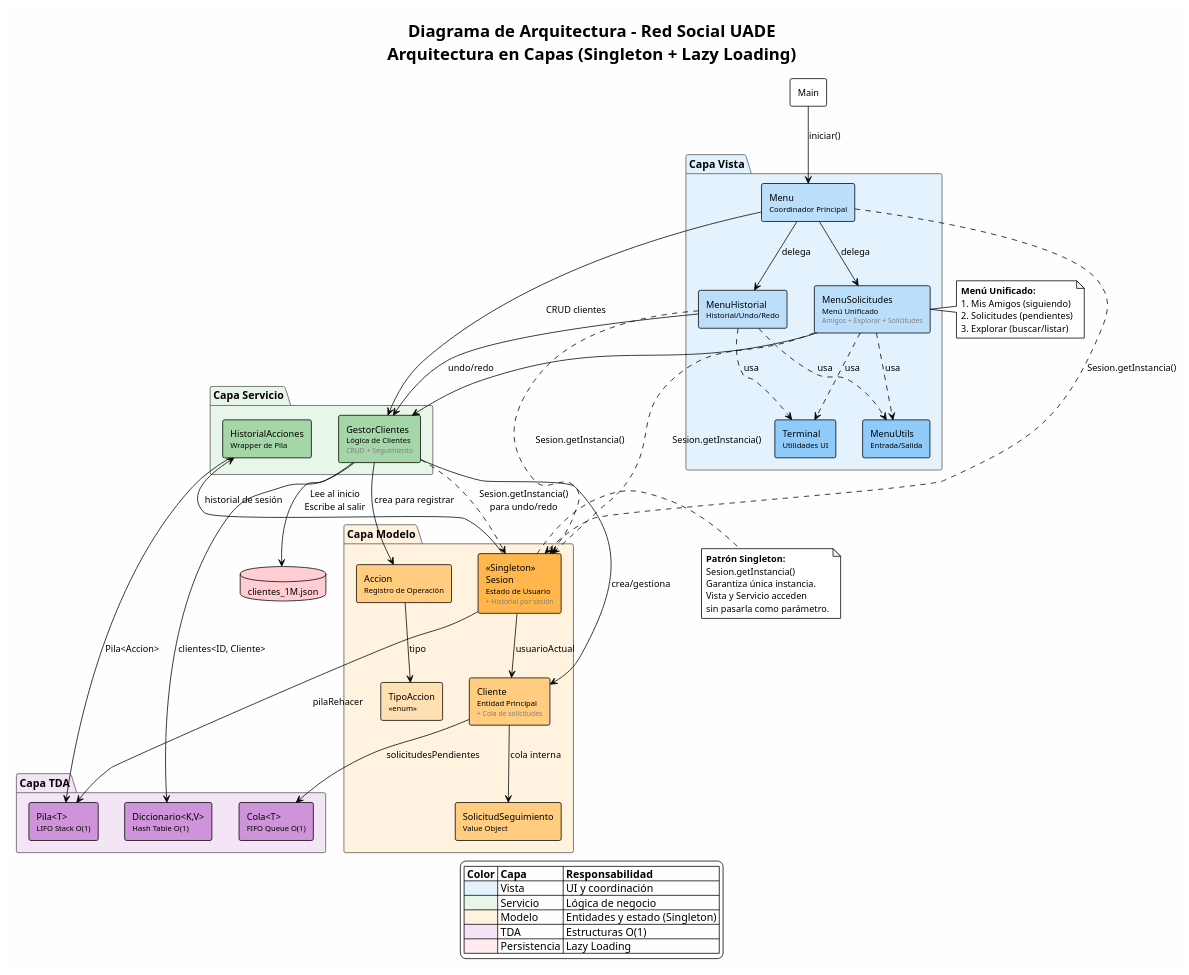
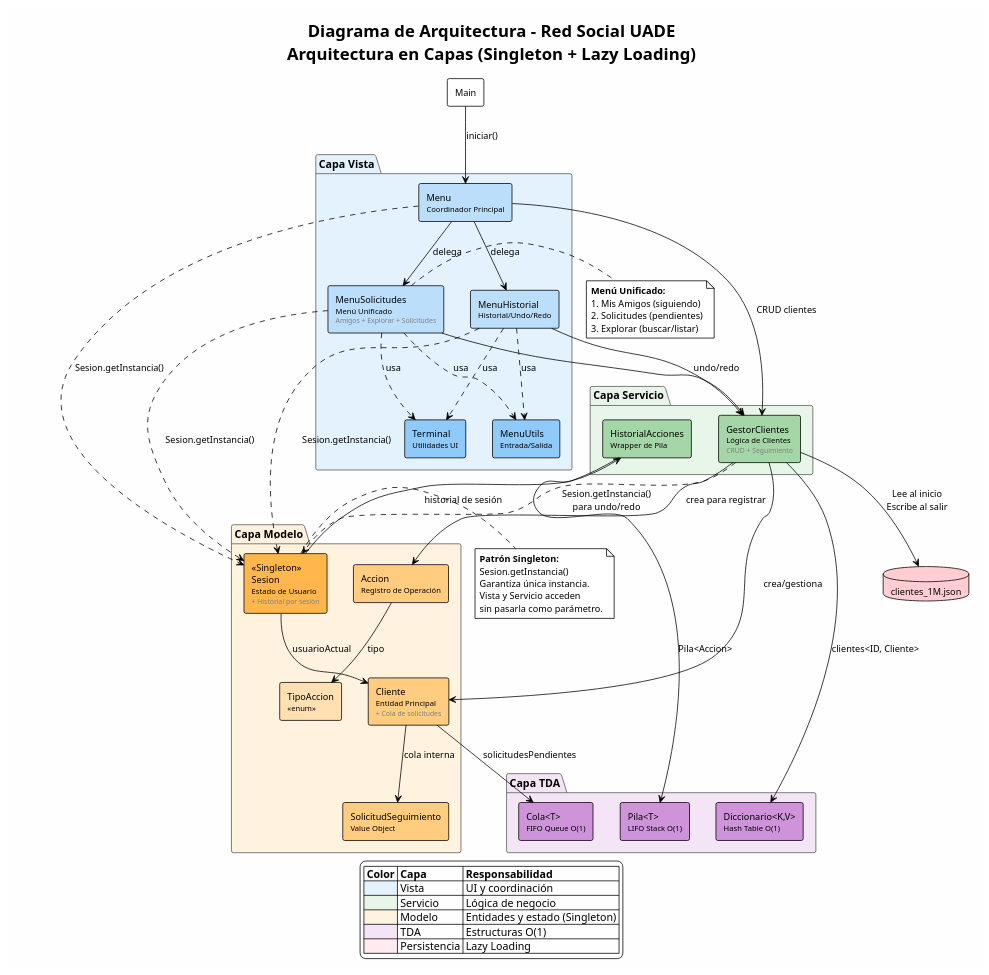
The diagram in docs/diagramas/diagrama_arquitectura.puml (andreiveisuade/TPO-AyED-II---Red-Social-UADE---Grupo-12), drawn with PlantUML before and after one commit. The commit also changed 9 other files, not shown here.

Commit message:
Actualizar documentación: TDAs, arquitectura e invariantes. Refactorizar diagramas UML para reflejar implementación in-memory y sin rehacer.

```diff
--- a/docs/diagramas/diagrama_arquitectura.puml
+++ b/docs/diagramas/diagrama_arquitectura.puml
@@ -1,125 +1,124 @@
 @startuml Arquitectura del Sistema
 !theme plain
 skinparam backgroundColor #FEFEFE
 skinparam componentStyle rectangle
 skinparam defaultFontSize 12
 skinparam packageBorderColor #555
 skinparam packageFontSize 14
 skinparam packageFontStyle bold
 
 title **Diagrama de Arquitectura - Red Social UADE**\nArquitectura en Capas (Singleton + Lazy Loading)
 
 ' ==========================================
 ' CAPA DE PRESENTACIÓN (VISTA)
 ' ==========================================
 package "Capa Vista" as vista #E3F2FD {
     component [Menu\n<font size="10">Coordinador Principal</font>] as menu #BBDEFB
     component [MenuSolicitudes\n<font size="10">Menú Unificado</font>\n<font size="9" color="gray">Amigos + Explorar + Solicitudes</font>] as menuSolicitudes #BBDEFB
     component [MenuHistorial\n<font size="10">Historial/Undo/Redo</font>] as menuHistorial #BBDEFB
     component [Terminal\n<font size="10">Utilidades UI</font>] as terminal #90CAF9
     component [MenuUtils\n<font size="10">Entrada/Salida</font>] as menuUtils #90CAF9
 }
 
 ' ==========================================
 ' CAPA DE LÓGICA DE NEGOCIO (SERVICIOS)
 ' ==========================================
 package "Capa Servicio" as servicio #E8F5E9 {
     component [GestorClientes\n<font size="10">Lógica de Clientes</font>\n<font size="9" color="gray">CRUD + Seguimiento</font>] as gestor #A5D6A7
     component [HistorialAcciones\n<font size="10">Wrapper de Pila</font>] as historialAcciones #A5D6A7
 }
 
 ' ==========================================
 ' CAPA DE MODELO (ENTIDADES DE DOMINIO)
 ' ==========================================
 package "Capa Modelo" as modelo #FFF3E0 {
     component [<<Singleton>>\nSesion\n<font size="10">Estado de Usuario</font>\n<font size="9" color="gray">+ Historial por sesión</font>] as sesion #FFB74D
     component [Cliente\n<font size="10">Entidad Principal</font>\n<font size="9" color="gray">+ Cola de solicitudes</font>] as cliente #FFCC80
     component [Accion\n<font size="10">Registro de Operación</font>] as accion #FFCC80
     component [SolicitudSeguimiento\n<font size="10">Value Object</font>] as solicitud #FFCC80
     component [TipoAccion\n<font size="10"><<enum>></font>] as tipoAccion #FFE0B2
 }
 
 ' ==========================================
 ' CAPA DE TDA (ESTRUCTURAS DE DATOS)
 ' ==========================================
 package "Capa TDA" as tda #F3E5F5 {
     component [Diccionario<K,V>\n<font size="10">Hash Table O(1)</font>] as diccionario #CE93D8
     component [Pila<T>\n<font size="10">LIFO Stack O(1)</font>] as pila #CE93D8
     component [Cola<T>\n<font size="10">FIFO Queue O(1)</font>] as cola #CE93D8
 }
 
 ' ==========================================
 ' PERSISTENCIA (Directa)
 ' ==========================================
 database "clientes_1M.json" as jsonFile #FFCDD2
 
 ' ==========================================
 ' RELACIONES ENTRE CAPAS
 ' ==========================================
 ' Main → Vista
 [Main] --> menu : iniciar()
 
 ' Composición dentro de Vista
 menu --> menuSolicitudes : delega
 menu --> menuHistorial : delega
 menuSolicitudes ..> terminal : usa
 menuHistorial ..> terminal : usa
 menuSolicitudes ..> menuUtils : usa
 menuHistorial ..> menuUtils : usa
 
 ' Vista → Servicio (sin pasar Sesion como parámetro)
 menu --> gestor : CRUD clientes
 menu ..> sesion : "Sesion.getInstancia()"
 menuSolicitudes --> gestor
 menuSolicitudes ..> sesion : "Sesion.getInstancia()"
 menuHistorial --> gestor : undo/redo
 menuHistorial ..> sesion : "Sesion.getInstancia()"
 
 ' Servicio usa Singleton
 gestor ..> sesion : "Sesion.getInstancia()\npara undo/redo"
 gestor --> cliente : crea/gestiona
 gestor --> accion : crea para registrar
 
 ' Modelo interno
 sesion --> cliente : "usuarioActual"
 sesion --> historialAcciones : "historial de sesión"
-sesion --> pila : "pilaRehacer"
 cliente --> solicitud : "cola interna"
 cliente --> cola : "solicitudesPendientes"
 accion --> tipoAccion : tipo
 
 ' Servicio → TDA
 gestor --> diccionario : "clientes<ID, Cliente>"
 historialAcciones --> pila : "Pila<Accion>"
 
 ' Persistencia (Simulada Directa)
 gestor --> jsonFile : "Lee al inicio\nEscribe al salir"
 
 ' ==========================================
 ' NOTAS
 ' ==========================================
 note right of sesion
     <b>Patrón Singleton:</b>
     Sesion.getInstancia()
     Garantiza única instancia.
     Vista y Servicio acceden
     sin pasarla como parámetro.
 end note
 
 note right of menuSolicitudes
     <b>Menú Unificado:</b>
     1. Mis Amigos (siguiendo)
     2. Solicitudes (pendientes)
     3. Explorar (buscar/listar)
 end note
 
 legend bottom
     |= Color |= Capa |= Responsabilidad |
     | <#E3F2FD> | Vista | UI y coordinación |
     | <#E8F5E9> | Servicio | Lógica de negocio |
     | <#FFF3E0> | Modelo | Entidades y estado (Singleton) |
     | <#F3E5F5> | TDA | Estructuras O(1) |
     | <#FFEBEE> | Persistencia | Lazy Loading |
 end legend
 
 @enduml
```
